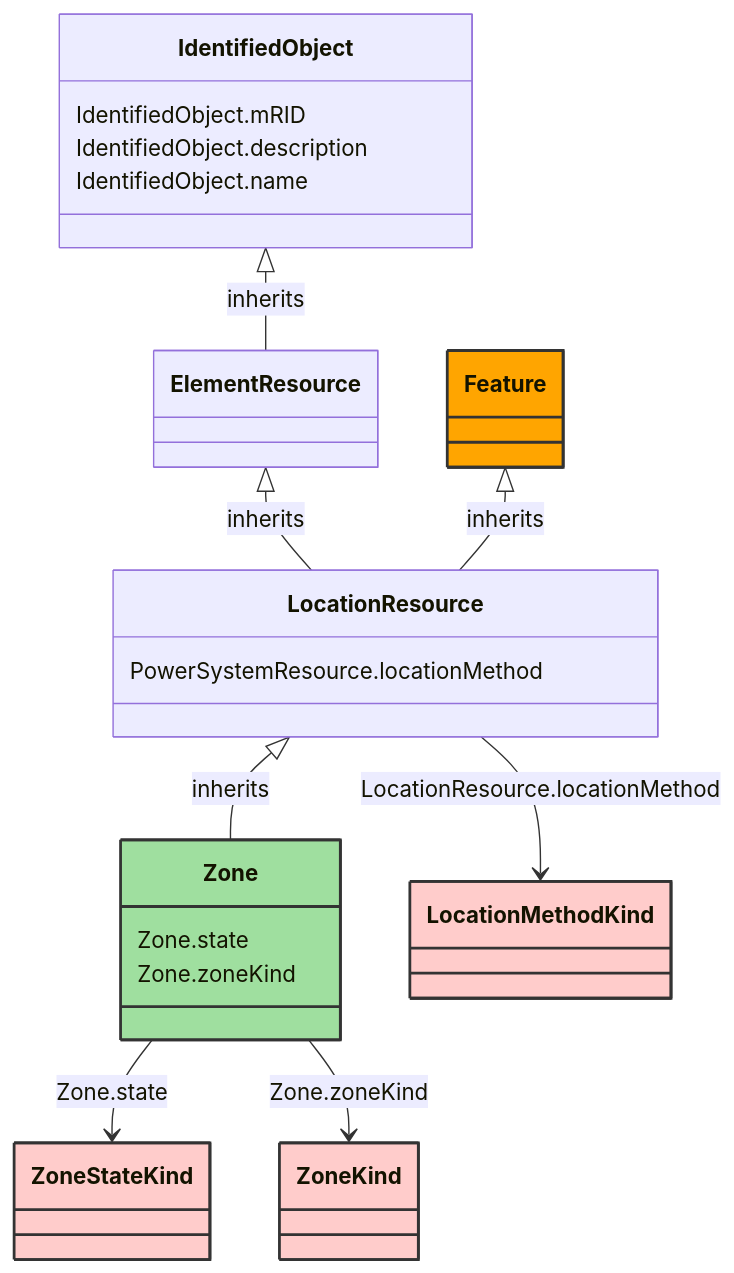
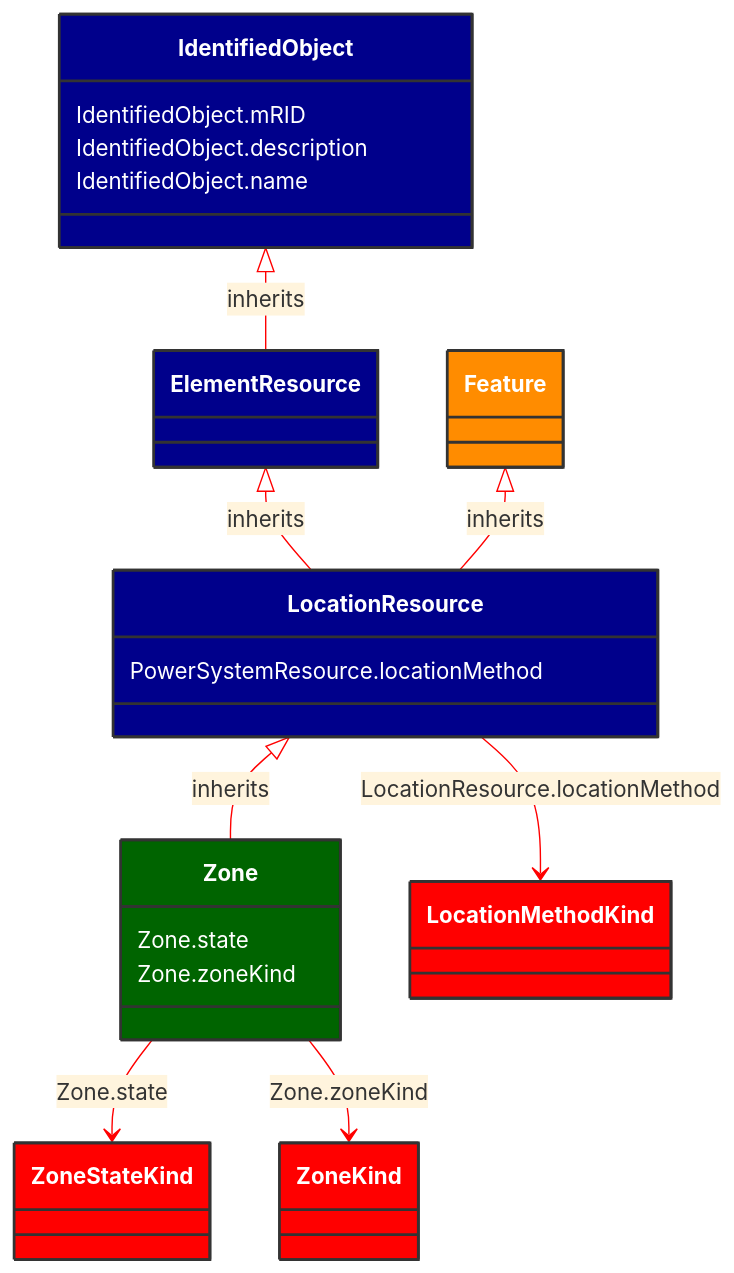
The diagram in docs/Models/Profiles/AviationObstacle/ConcreteClasses/Zone.md (3lbits/NoCIMExtensions), drawn with Mermaid before and after one commit. The commit also changed 58 other files, not shown here.

````diff
--- a/docs/Models/Profiles/AviationObstacle/ConcreteClasses/Zone.md
+++ b/docs/Models/Profiles/AviationObstacle/ConcreteClasses/Zone.md
@@ -8,50 +8,51 @@
 ```mermaid
+%%{init: {'theme':'base','themeVariables': {'lineColor': '#FF0000'}}}%%
 classDiagram
     class Zone
     click Zone href "/Models/Profiles/AviationObstacle/ConcreteClasses/Zone/"
-    style Zone fill:#9fdf9f,stroke:#333,stroke-width:2px,rx:10,ry:10
+    style Zone fill:#006400,stroke:#333,stroke-width:2px,rx:10,ry:10,color:white
 
         LocationResource <|-- Zone : inherits
             click LocationResource href "/Models/Profiles/AviationObstacle/AbstractClasses/LocationResource/"
-            style LocationResource rx:10,ry:10
+            style LocationResource fill:#00008B,stroke:#333,stroke-width:2px,rx:10,ry:10,color:white
 
         Zone
             click Zone href "/Models/Profiles/AviationObstacle/ConcreteClasses/Zone/"
-            style Zone rx:10,ry:10
+            style LocationResource fill:#00008B,stroke:#333,stroke-width:2px,rx:10,ry:10,color:white
 
         ElementResource <|-- LocationResource : inherits
             click ElementResource href "/Models/Profiles/AviationObstacle/AbstractClasses/ElementResource/"
-            style ElementResource rx:10,ry:10
+            style ElementResource fill:#00008B,stroke:#333,stroke-width:2px,rx:10,ry:10,color:white
 
         IdentifiedObject <|-- ElementResource : inherits
             click IdentifiedObject href "/Models/Profiles/AviationObstacle/AbstractClasses/IdentifiedObject/"
-            style IdentifiedObject rx:10,ry:10
+            style IdentifiedObject fill:#00008B,stroke:#333,stroke-width:2px,rx:10,ry:10,color:white
 
         Feature <|-- LocationResource : inherits
             click Feature href "/Models/Profiles/AviationObstacle/ConcreteClasses/Feature/"
-            style Feature fill:#FFA500,stroke:#333,stroke-width:2px,rx:10,ry:10
+            style Feature fill:#FF8C00,stroke:#333,stroke-width:2px,rx:10,ry:10,color:white
 
 
         Zone --> ZoneStateKind : Zone.state
 
         ZoneStateKind
             click ZoneStateKind href "/Models/Profiles/AviationObstacle/Enumerations/ZoneStateKind/"
-            style ZoneStateKind fill:#FFCCCB,stroke:#333,stroke-width:2px,rx:10,ry:10
+            style ZoneStateKind fill:#FF0000,stroke:#333,stroke-width:2px,rx:10,ry:10,color:white
         Zone --> ZoneKind : Zone.zoneKind
 
         ZoneKind
             click ZoneKind href "/Models/Profiles/AviationObstacle/Enumerations/ZoneKind/"
-            style ZoneKind fill:#FFCCCB,stroke:#333,stroke-width:2px,rx:10,ry:10
+            style ZoneKind fill:#FF0000,stroke:#333,stroke-width:2px,rx:10,ry:10,color:white
         LocationResource --> LocationMethodKind : LocationResource.locationMethod
 
         LocationMethodKind
             click LocationMethodKind href "/Models/Profiles/AviationObstacle/Enumerations/LocationMethodKind/"
-            style LocationMethodKind fill:#FFCCCB,stroke:#333,stroke-width:2px,rx:10,ry:10
+            style LocationMethodKind fill:#FF0000,stroke:#333,stroke-width:2px,rx:10,ry:10,color:white
 
         Zone : Zone.state
         Zone : Zone.zoneKind
         LocationResource : PowerSystemResource.locationMethod
         IdentifiedObject : IdentifiedObject.mRID
         IdentifiedObject : IdentifiedObject.description
         IdentifiedObject : IdentifiedObject.name
 ```
````
